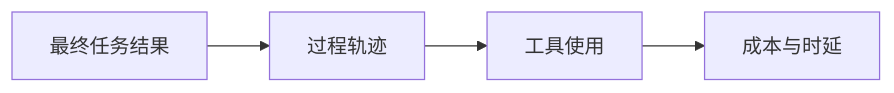
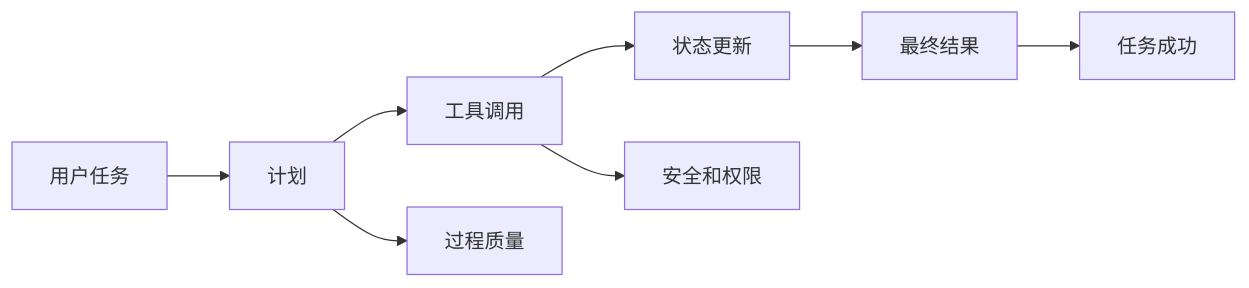
One commit to oudbiao/AI-fullstack-course changed the diagram in docs/stage9/ch08-eval-safety/01-evaluation-methods.md. Above: the diagram before and after it, drawn with Mermaid. The commit also changed other lines of this file and 84 other files, not shown here.

Commit message:
docs: improve course learning flow

````diff
--- a/docs/stage9/ch08-eval-safety/01-evaluation-methods.md
+++ b/docs/stage9/ch08-eval-safety/01-evaluation-methods.md
@@ -37,6 +27,10 @@
 ```mermaid
 flowchart LR
-    A["最终任务结果"] --> B["过程轨迹"]
-    B --> C["工具使用"]
-    C --> D["成本与时延"]
+  A[用户任务] --> B[计划]
+  B --> C[工具调用]
+  C --> D[状态更新]
+  D --> E[最终结果]
+  B --> F[过程质量]
+  C --> G[安全和权限]
+  E --> H[任务成功]
 ```
````
